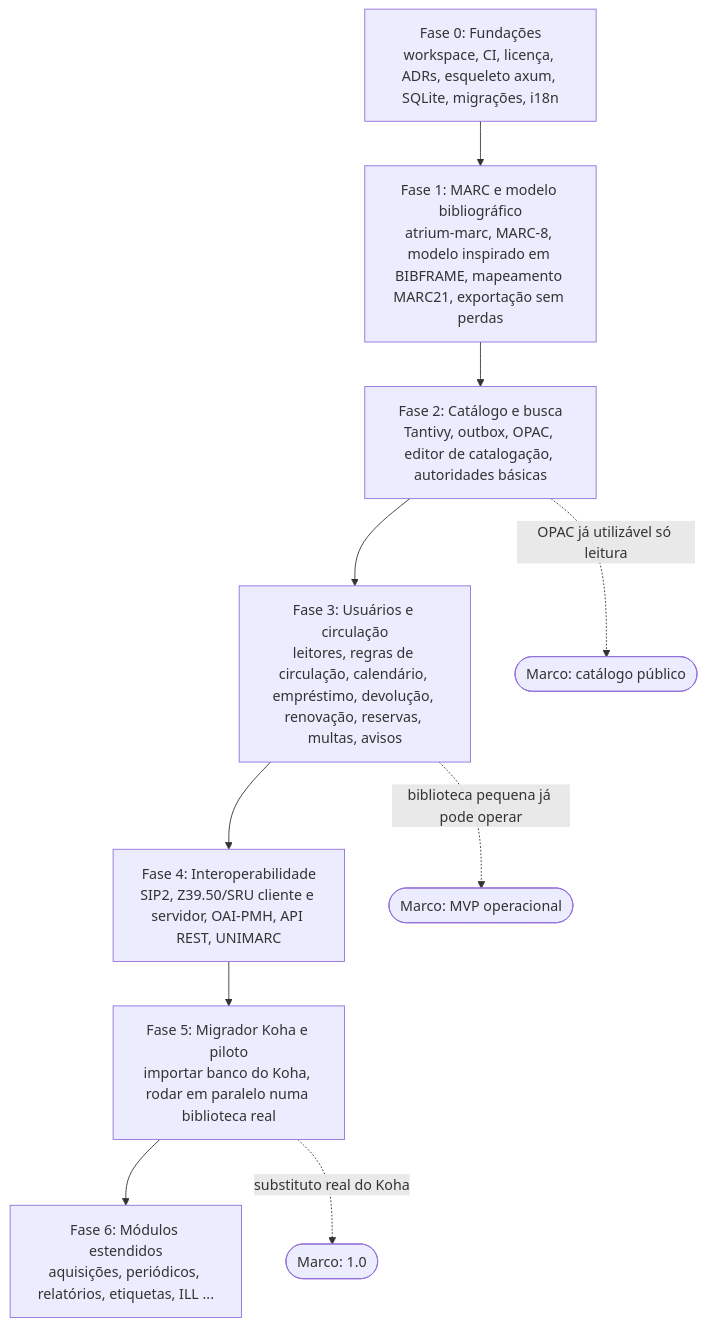
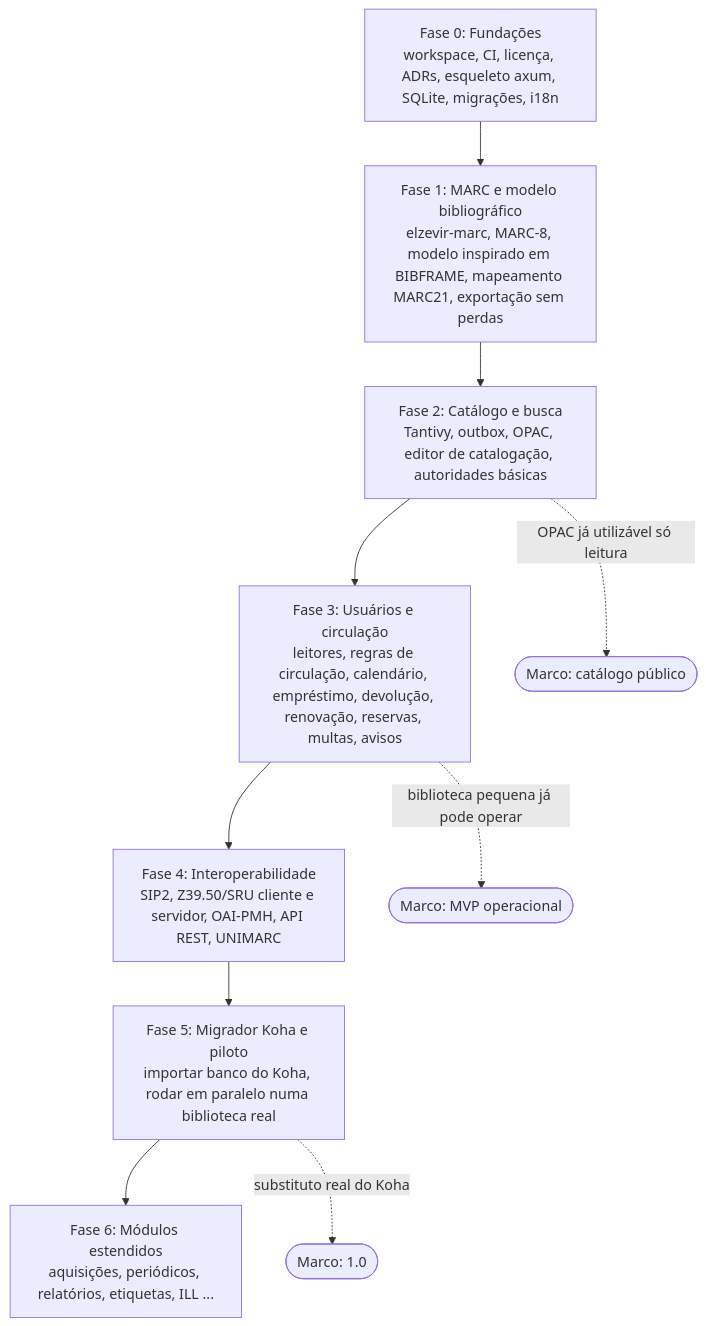
Before and after one commit to PauloFBaldiFH/Atrium: the third of 4 diagrams in docs/arquitetura/01-avaliacao-da-arquitetura.md, drawn with Mermaid. The commit also changed other lines of this file and 169 other files, not shown here.

First line of the commit message:
refactor: renomeia o projeto de Atrium para Elzevir

````diff
--- a/docs/arquitetura/01-avaliacao-da-arquitetura.md
+++ b/docs/arquitetura/01-avaliacao-da-arquitetura.md
@@ -276,15 +276,15 @@
 ```mermaid
 flowchart TB
     F0["Fase 0: Fundações<br/>workspace, CI, licença, ADRs, esqueleto axum, SQLite, migrações, i18n"]
-    F1["Fase 1: MARC e modelo bibliográfico<br/>atrium-marc, MARC-8, modelo inspirado em BIBFRAME, mapeamento MARC21, exportação sem perdas"]
+    F1["Fase 1: MARC e modelo bibliográfico<br/>elzevir-marc, MARC-8, modelo inspirado em BIBFRAME, mapeamento MARC21, exportação sem perdas"]
     F2["Fase 2: Catálogo e busca<br/>Tantivy, outbox, OPAC, editor de catalogação, autoridades básicas"]
     F3["Fase 3: Usuários e circulação<br/>leitores, regras de circulação, calendário, empréstimo, devolução, renovação, reservas, multas, avisos"]
     F4["Fase 4: Interoperabilidade<br/>SIP2, Z39.50/SRU cliente e servidor, OAI-PMH, API REST, UNIMARC"]
     F5["Fase 5: Migrador Koha e piloto<br/>importar banco do Koha, rodar em paralelo numa biblioteca real"]
     F6["Fase 6: Módulos estendidos<br/>aquisições, periódicos, relatórios, etiquetas, ILL ..."]
 
     F0 --> F1 --> F2 --> F3 --> F4 --> F5 --> F6
     F2 -. "OPAC já utilizável só leitura" .-> P1(["Marco: catálogo público"])
     F3 -. "biblioteca pequena já pode operar" .-> P2(["Marco: MVP operacional"])
     F5 -. "substituto real do Koha" .-> P3(["Marco: 1.0"])
 ```
````
